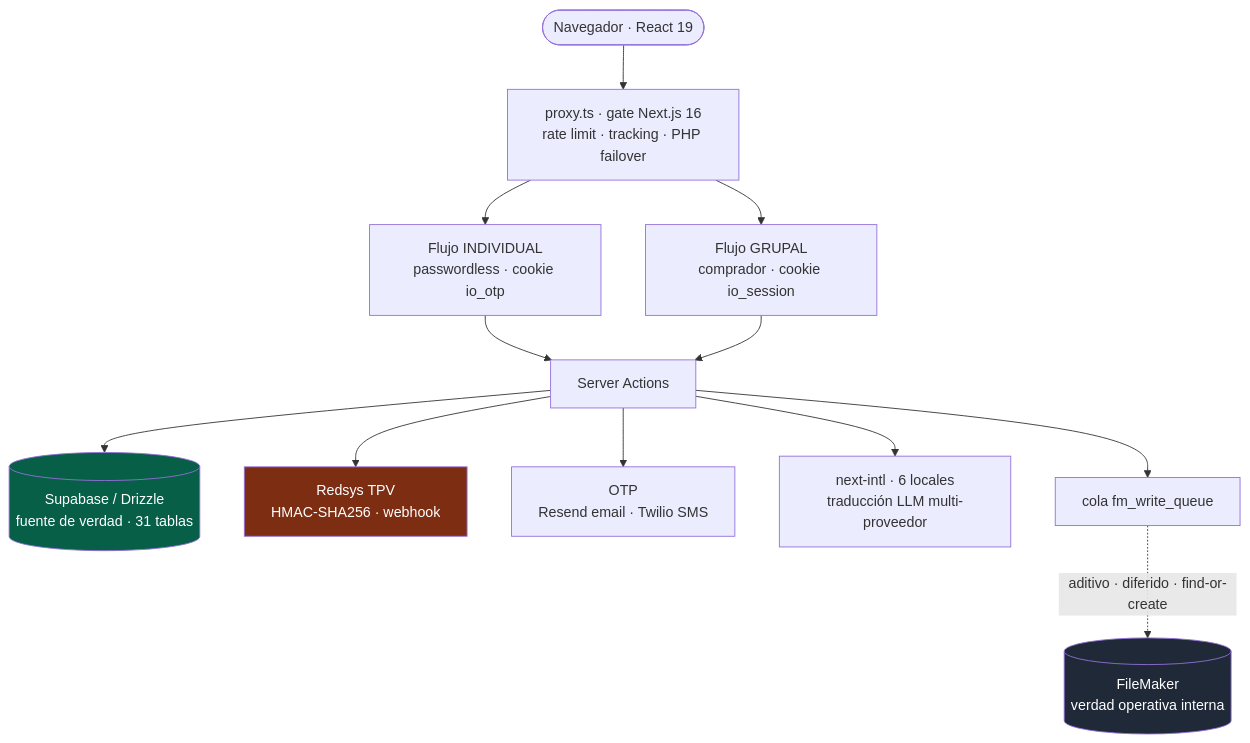
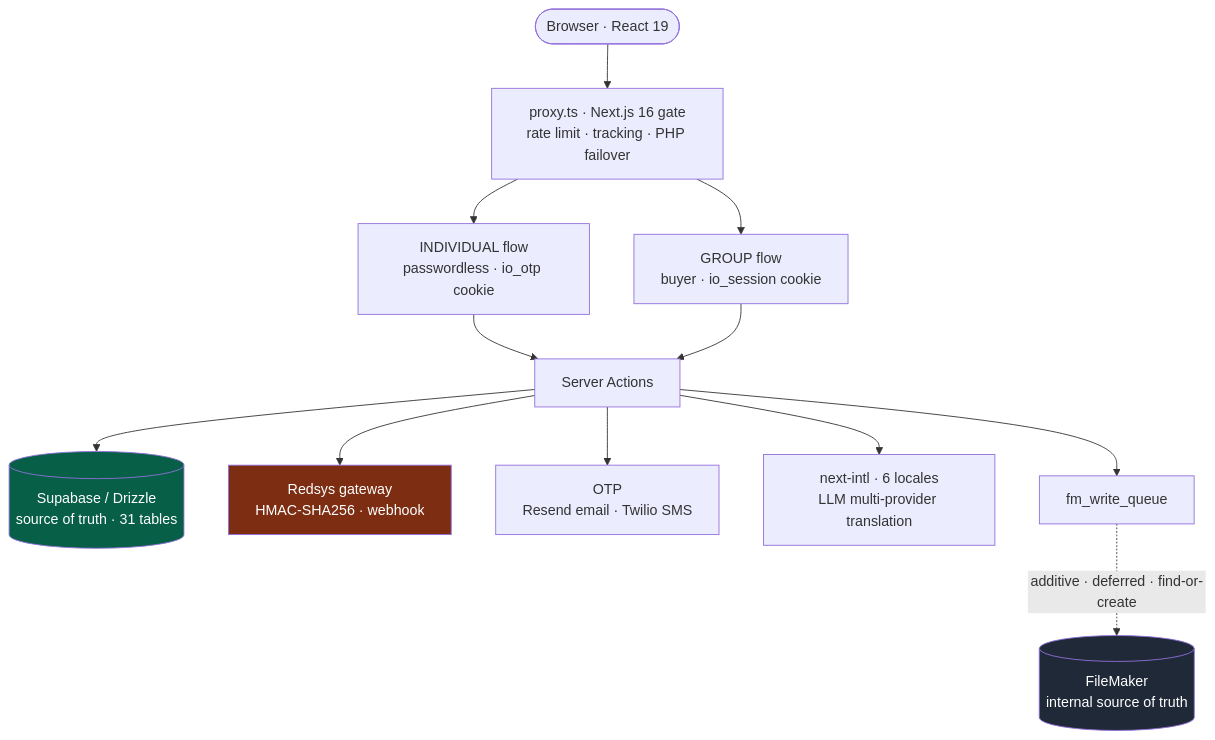
The diagram in projects/inscripcion-online.md (aleglope/production-systems-case-studies), drawn with Mermaid before and after one commit. The commit also changed other lines of this file and 25 other files, not shown here.

````diff
--- a/projects/inscripcion-online.md
+++ b/projects/inscripcion-online.md
@@ -39,20 +41,20 @@
 ```mermaid
 flowchart TB
-    NAV(["Navegador · React 19"]) --> PROXY["proxy.ts · gate Next.js 16<br/>rate limit · tracking · PHP failover"]
-    PROXY --> IND["Flujo INDIVIDUAL<br/>passwordless · cookie io_otp"]
-    PROXY --> GRP["Flujo GRUPAL<br/>comprador · cookie io_session"]
+    NAV(["Browser · React 19"]) --> PROXY["proxy.ts · Next.js 16 gate<br/>rate limit · tracking · PHP failover"]
+    PROXY --> IND["INDIVIDUAL flow<br/>passwordless · io_otp cookie"]
+    PROXY --> GRP["GROUP flow<br/>buyer · io_session cookie"]
 
     IND --> SA["Server Actions"]
     GRP --> SA
-    SA --> DB[("Supabase / Drizzle<br/>fuente de verdad · 31 tablas")]
-    SA --> REDSYS["Redsys TPV<br/>HMAC-SHA256 · webhook"]
+    SA --> DB[("Supabase / Drizzle<br/>source of truth · 31 tables")]
+    SA --> REDSYS["Redsys gateway<br/>HMAC-SHA256 · webhook"]
     SA --> OTP["OTP<br/>Resend email · Twilio SMS"]
-    SA --> I18N["next-intl · 6 locales<br/>traducción LLM multi-proveedor"]
+    SA --> I18N["next-intl · 6 locales<br/>LLM multi-provider translation"]
 
-    SA --> Q["cola fm_write_queue"]
-    Q -. "aditivo · diferido · find-or-create" .-> FM[("FileMaker<br/>verdad operativa interna")]
+    SA --> Q["fm_write_queue"]
+    Q -. "additive · deferred · find-or-create" .-> FM[("FileMaker<br/>internal source of truth")]
 
     style DB fill:#065f46,color:#fff
     style FM fill:#1f2937,color:#fff
     style REDSYS fill:#7c2d12,color:#fff
 ```
````
